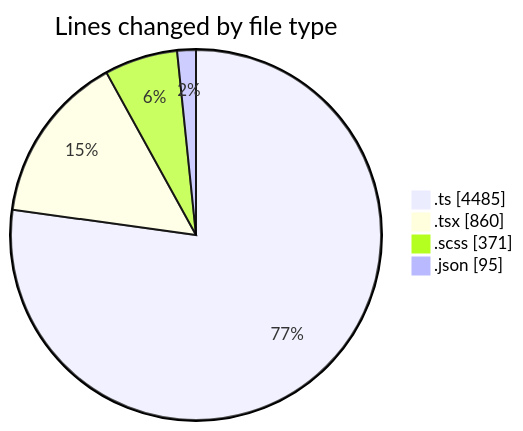
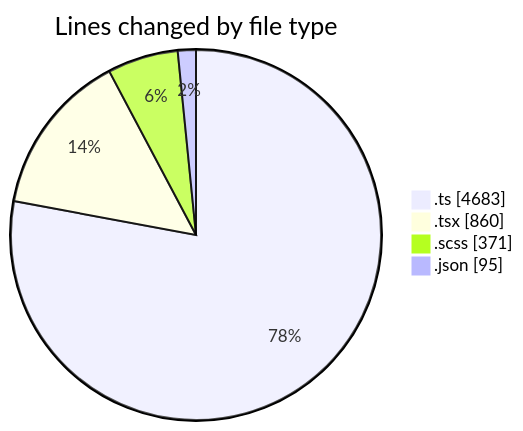
The first of 2 diagrams in 2026-10-29/cda/README.md (momahboobian/code-tracking), drawn with Mermaid before and after one commit. The commit also changed other lines of this file and 1 other file, not shown here.

````diff
--- a/2026-10-29/cda/README.md
+++ b/2026-10-29/cda/README.md
@@ -30,8 +31,8 @@
 ```mermaid
 pie showData
 title Lines changed by file type
-".ts" : 4485
+".ts" : 4683
 ".tsx" : 860
 ".scss" : 371
 ".json" : 95
 ```
````
